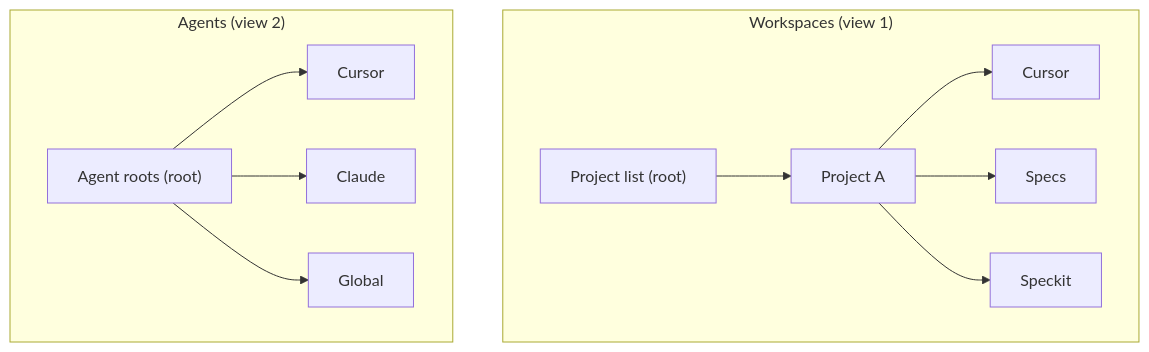
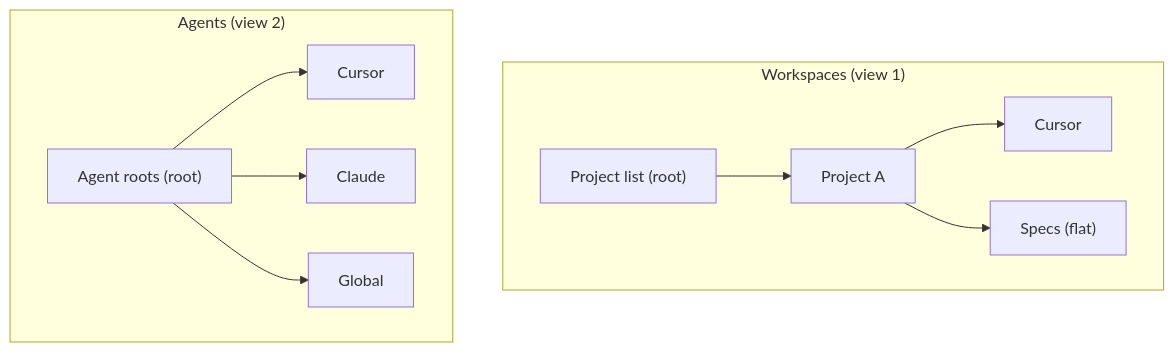
The diagram in specs/tree-view/spec.md (fancy-bread/agent-context-explorer), drawn with Mermaid before and after one commit. The commit also changed other lines of this file and 6 other files, not shown here.

````diff
--- a/specs/tree-view/spec.md
+++ b/specs/tree-view/spec.md
@@ -32,24 +32,22 @@
 ```mermaid
 graph TB
     subgraph WorkspaceView["Workspaces (view 1)"]
         WRoot["Project list (root)"]
         Proj["Project A"]
         Cursor["Cursor"]
-        Specs["Specs"]
-        Speckit["Speckit"]
+        Specs["Specs (flat)"]
         Proj --> Cursor
         Proj --> Specs
-        Proj --> Speckit
         WRoot --> Proj
     end
 
     subgraph AgentsView["Agents (view 2)"]
         ARoot["Agent roots (root)"]
         CursorNode["Cursor"]
         ClaudeNode["Claude"]
         GlobalNode["Global"]
         ARoot --> CursorNode
         ARoot --> ClaudeNode
         ARoot --> GlobalNode
     end
 ```
````
